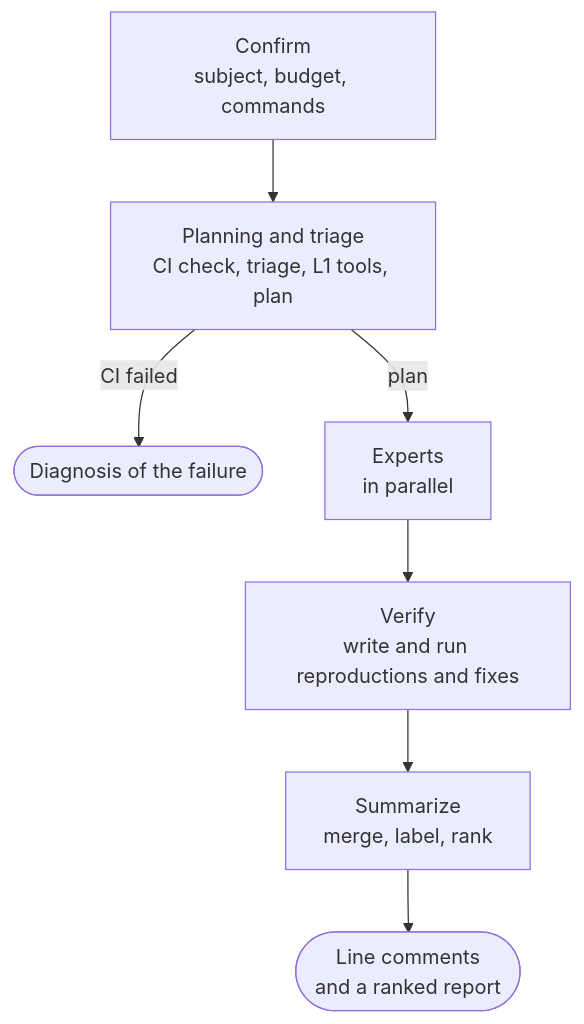
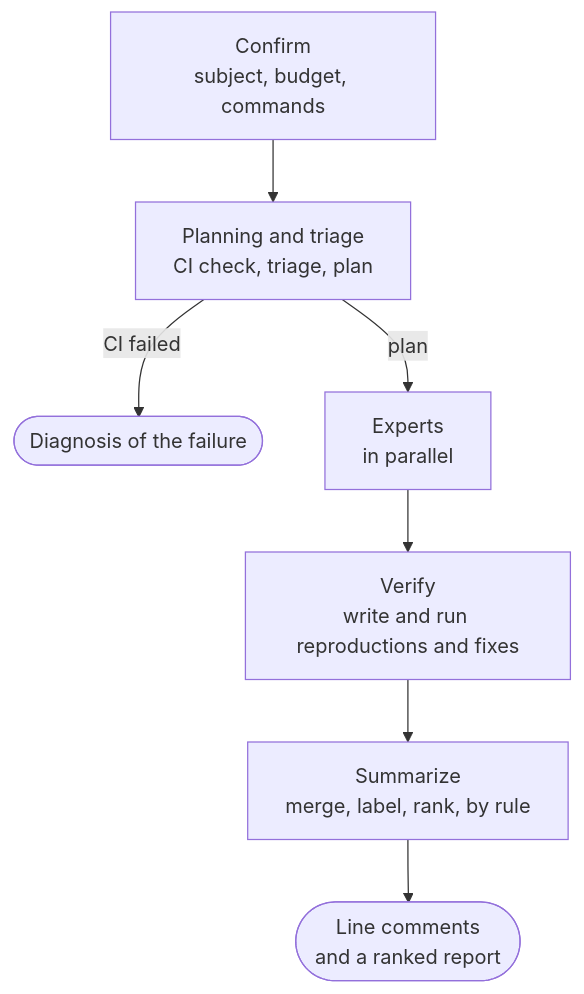
Before and after one commit to Pleasurecruise/eyeful: the diagram in docs/REVIEW.md, drawn with Mermaid. The commit also changed other lines of this file and 86 other files, not shown here.

````diff
--- a/docs/REVIEW.md
+++ b/docs/REVIEW.md
@@ -9,9 +9,9 @@
 ```mermaid
 flowchart TB
-    confirm["Confirm<br/>subject, budget, commands"] --> planning["Planning and triage<br/>CI check, triage, L1 tools, plan"]
+    confirm["Confirm<br/>subject, budget, commands"] --> planning["Planning and triage<br/>CI check, triage, plan"]
     planning -->|CI failed| diagnose(["Diagnosis of the failure"])
     planning -->|plan| experts["Experts<br/>in parallel"]
     experts --> verify["Verify<br/>write and run reproductions and fixes"]
-    verify --> summarize["Summarize<br/>merge, label, rank"]
+    verify --> summarize["Summarize<br/>merge, label, rank, by rule"]
     summarize --> feedback(["Line comments<br/>and a ranked report"])
 ```
````
